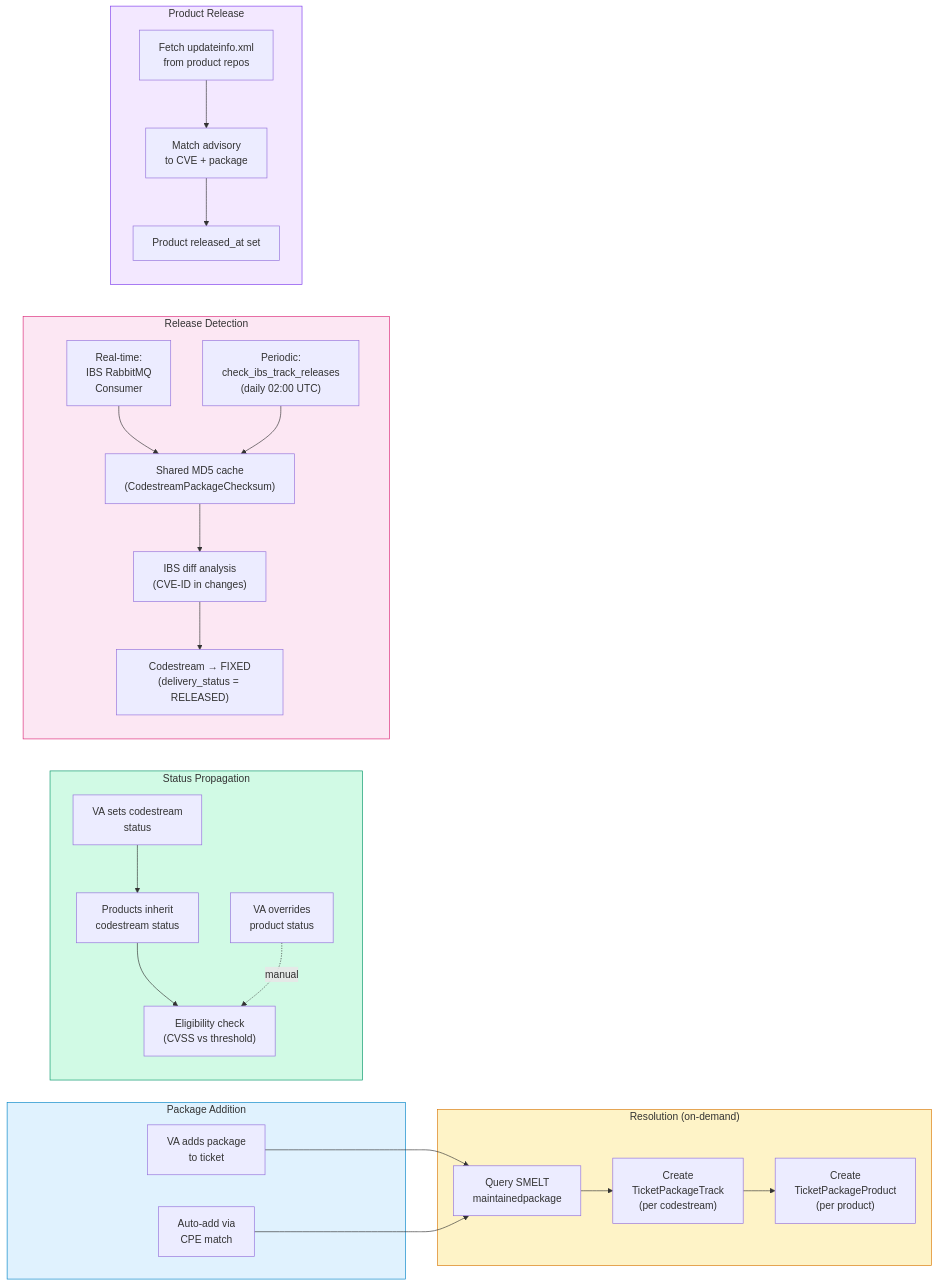
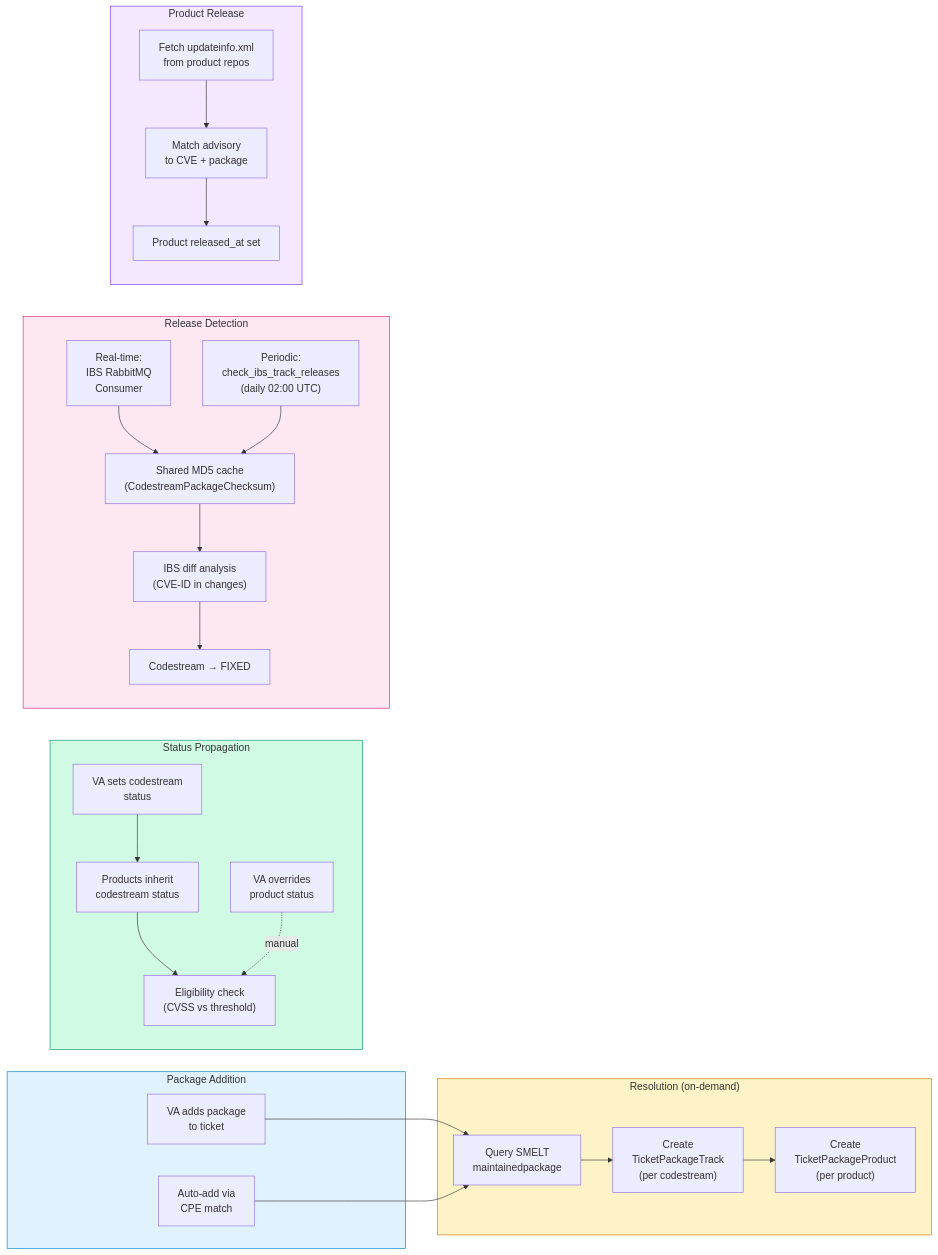
Before and after one commit to StayPirate/STAMP: the fourth of 6 diagrams in docs/system-map.md, drawn with Mermaid. The commit also changed other lines of this file and 9 other files, not shown here.

````diff
--- a/docs/system-map.md
+++ b/docs/system-map.md
@@ -356,55 +356,55 @@
 ```mermaid
 flowchart LR
     subgraph add_pkg["Package Addition"]
         VA_ADD["VA adds package<br/>to ticket"]
         CPE_MATCH["Auto-add via<br/>CPE match"]
     end
 
     subgraph resolve["Resolution (on-demand)"]
         SMELT_Q["Query SMELT<br/>maintainedpackage"]
         CREATE_CS["Create<br/>TicketPackageTrack<br/>(per codestream)"]
         CREATE_PR["Create<br/>TicketPackageProduct<br/>(per product)"]
     end
 
     subgraph status["Status Propagation"]
         VA_SET["VA sets codestream<br/>status"]
         INHERIT["Products inherit<br/>codestream status"]
         ELIG["Eligibility check<br/>(CVSS vs threshold)"]
         OVERRIDE["VA overrides<br/>product status"]
     end
 
     subgraph release["Release Detection"]
         direction TB
         RT["Real-time:<br/>IBS RabbitMQ<br/>Consumer"]
         PERIODIC["Periodic:<br/>check_ibs_track_releases<br/>(daily 02:00 UTC)"]
         MD5["Shared MD5 cache<br/>(CodestreamPackageChecksum)"]
         DIFF["IBS diff analysis<br/>(CVE-ID in changes)"]
-        CS_REL["Codestream → FIXED<br/>(delivery_status = RELEASED)"]
+        CS_REL["Codestream → FIXED"]
 
         RT --> MD5
         PERIODIC --> MD5
         MD5 --> DIFF
         DIFF --> CS_REL
     end
 
     subgraph prod_release["Product Release"]
         UINFO["Fetch updateinfo.xml<br/>from product repos"]
         MATCH["Match advisory<br/>to CVE + package"]
         PR_REL["Product released_at set"]
 
         UINFO --> MATCH --> PR_REL
     end
 
     VA_ADD --> SMELT_Q
     CPE_MATCH --> SMELT_Q
     SMELT_Q --> CREATE_CS --> CREATE_PR
 
     VA_SET --> INHERIT --> ELIG
     OVERRIDE -.->|manual| ELIG
 
     style add_pkg fill:#e0f2fe,stroke:#0284c7
     style resolve fill:#fef3c7,stroke:#d97706
     style status fill:#d1fae5,stroke:#059669
     style release fill:#fce7f3,stroke:#db2777
     style prod_release fill:#f3e8ff,stroke:#7c3aed
 ```
````
